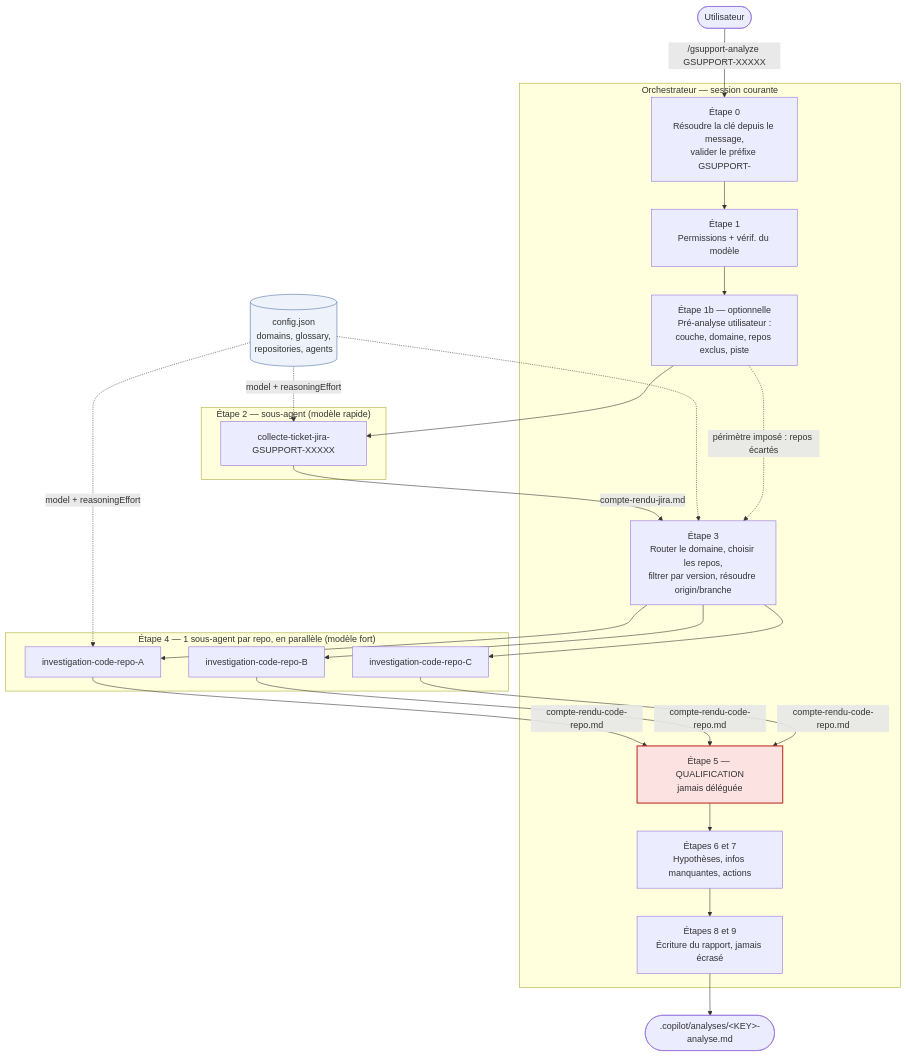
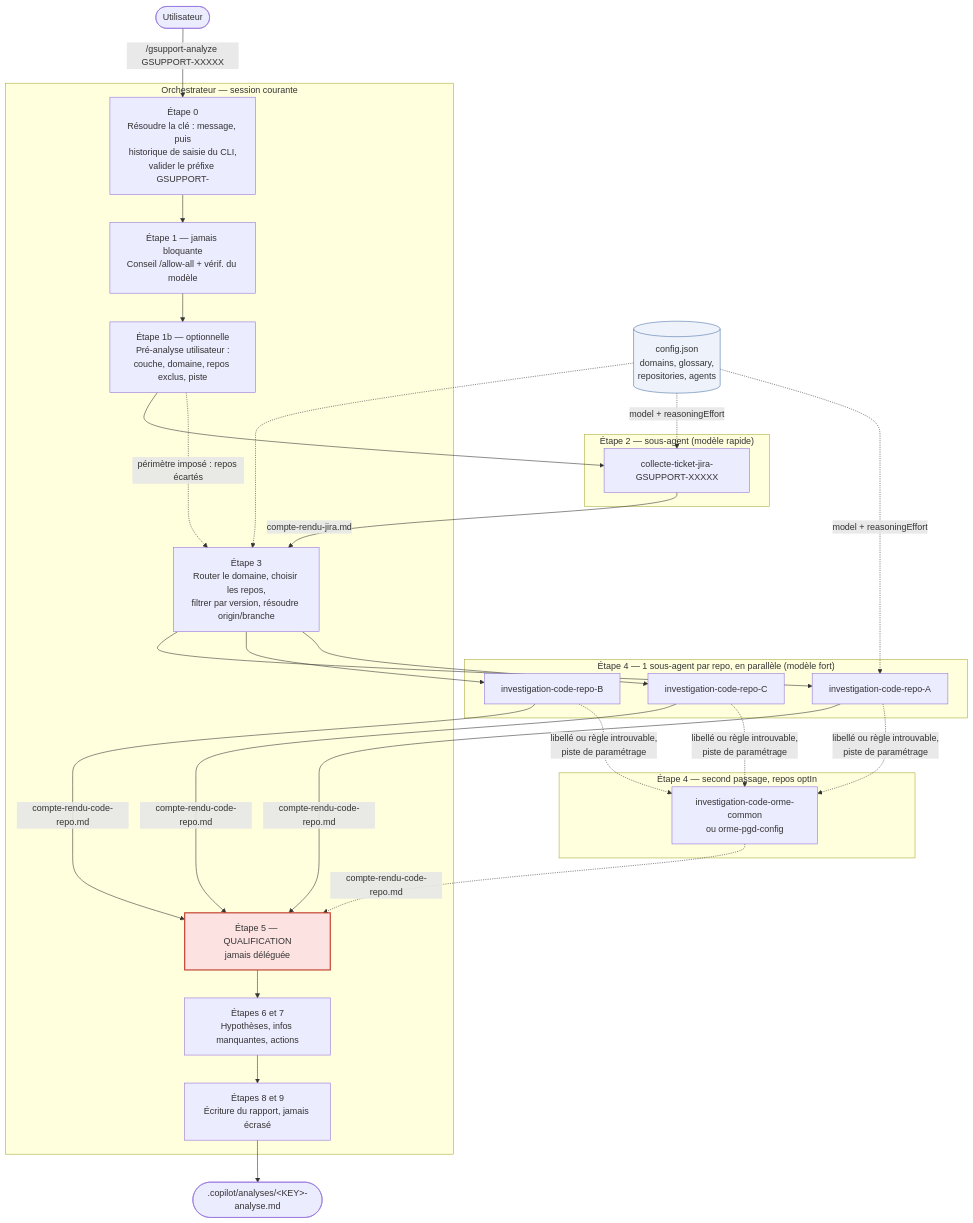
One commit to tomsoulage-dedalus/presc-workflows-tools changed the first of 4 diagrams in skills/gsupport-analyze/ARCHITECTURE.md. Above: the diagram before and after it, drawn with Mermaid. The commit also changed other lines of this file and 3 other files, not shown here.

````diff
--- a/skills/gsupport-analyze/ARCHITECTURE.md
+++ b/skills/gsupport-analyze/ARCHITECTURE.md
@@ -26,38 +26,45 @@
 ```mermaid
 flowchart TD
     U([Utilisateur]) -->|/gsupport-analyze GSUPPORT-XXXXX| E0
 
     subgraph ORCH["Orchestrateur — session courante"]
-        E0["Étape 0<br/>Résoudre la clé depuis le message,<br/>valider le préfixe GSUPPORT-"]
-        E1["Étape 1<br/>Permissions + vérif. du modèle"]
+        E0["Étape 0<br/>Résoudre la clé : message, puis<br/>historique de saisie du CLI,<br/>valider le préfixe GSUPPORT-"]
+        E1["Étape 1 — jamais bloquante<br/>Conseil /allow-all + vérif. du modèle"]
         E1B["Étape 1b — optionnelle<br/>Pré-analyse utilisateur :<br/>couche, domaine, repos exclus, piste"]
         E3["Étape 3<br/>Router le domaine, choisir les repos,<br/>filtrer par version, résoudre origin/branche"]
         E5["Étape 5 — QUALIFICATION<br/>jamais déléguée"]
         E6["Étapes 6 et 7<br/>Hypothèses, infos manquantes, actions"]
         E89["Étapes 8 et 9<br/>Écriture du rapport, jamais écrasé"]
     end
 
     subgraph SUB2["Étape 2 — sous-agent (modèle rapide)"]
         A2["collecte-ticket-jira-GSUPPORT-XXXXX"]
     end
 
     subgraph SUB4["Étape 4 — 1 sous-agent par repo, en parallèle (modèle fort)"]
         A4A["investigation-code-repo-A"]
         A4B["investigation-code-repo-B"]
         A4C["investigation-code-repo-C"]
     end
 
+    subgraph SUB4B["Étape 4 — second passage, repos optIn"]
+        A4D["investigation-code-orme-common<br/>ou orme-pgd-config"]
+    end
+
     E0 --> E1 --> E1B --> A2
     A2 -->|compte-rendu-jira.md| E3
     E3 --> A4A & A4B & A4C
     A4A & A4B & A4C -->|compte-rendu-code-repo.md| E5
     E5 --> E6 --> E89 --> R([".copilot/analyses/&lt;KEY&gt;-analyse.md"])
+
+    A4A & A4B & A4C -.->|libellé ou règle introuvable,<br/>piste de paramétrage| A4D
+    A4D -.->|compte-rendu-code-repo.md| E5
 
     CFG[(config.json<br/>domains, glossary,<br/>repositories, agents)] -.-> E3
     E1B -.->|périmètre imposé : repos écartés| E3
     CFG -.->|model + reasoningEffort| A2
     CFG -.->|model + reasoningEffort| A4A
 
     style E5 fill:#fde2e2,stroke:#c0392b,stroke-width:2px
     style CFG fill:#eef3fb,stroke:#4a6fa5
 ```
````
